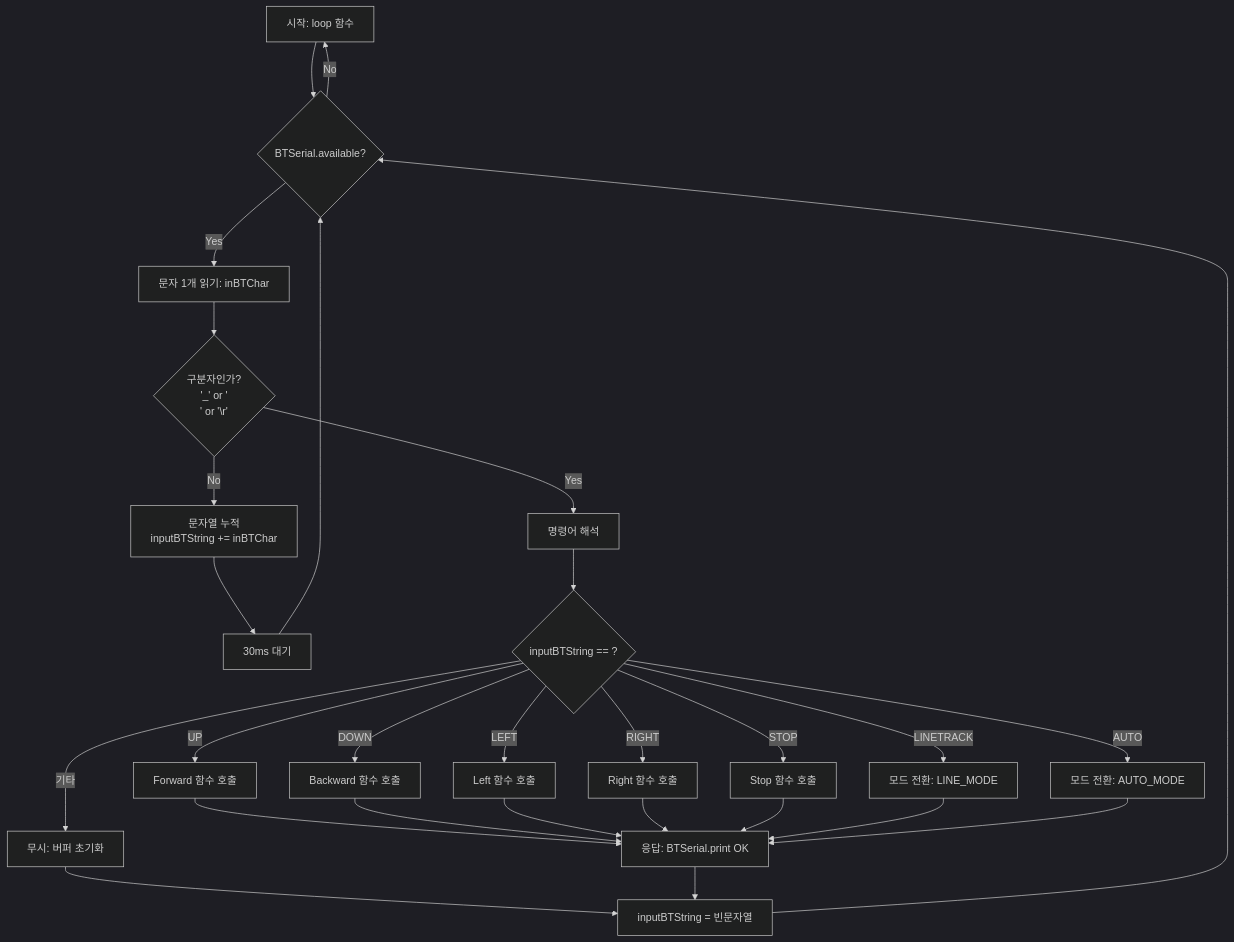
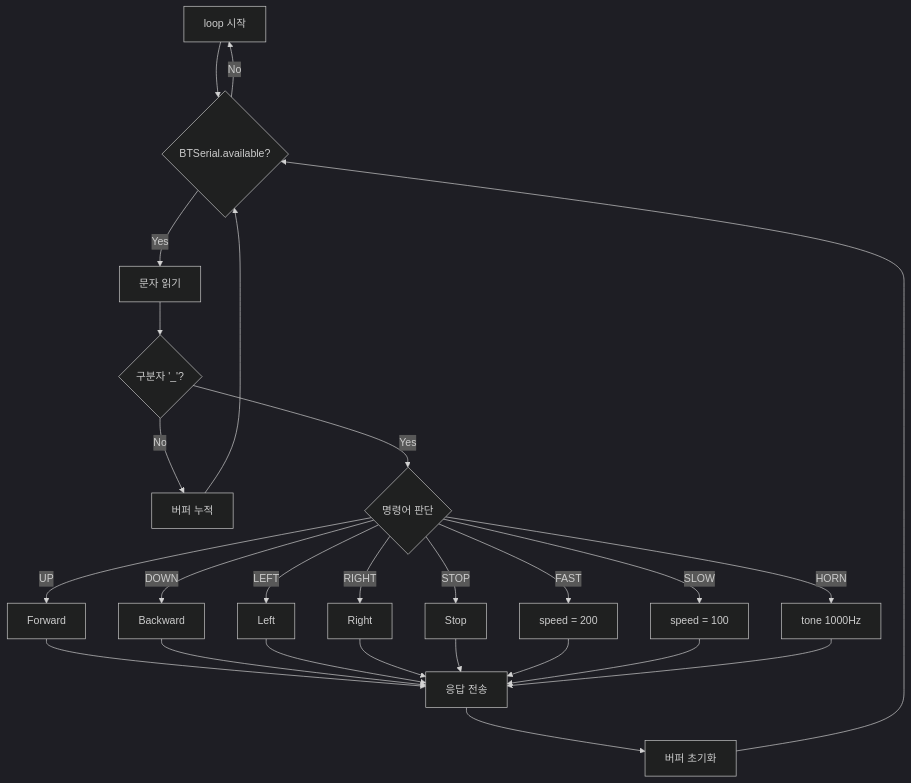
The fourth of 20 diagrams in document/algorithms_flowchart.md (Collegenie-X/Arduino_AutoPlot), drawn with Mermaid (dark theme) before and after one commit. The commit also changed other lines of this file and 3 other files, not shown here.

````diff
--- a/document/algorithms_flowchart.md
+++ b/document/algorithms_flowchart.md
@@ -52,34 +85,31 @@
 ```mermaid
 flowchart TD
-    A[시작: loop 함수] --> B{BTSerial.available?}
+    A[loop 시작] --> B{BTSerial.available?}
     B -->|No| A
-    B -->|Yes| C[문자 1개 읽기: inBTChar]
-    C --> D{구분자인가?<br>'_' or '\n' or '\r'}
+    B -->|Yes| C[문자 읽기]
+    C --> D{구분자 '_'?}
     
-    D -->|No| E[문자열 누적<br>inputBTString += inBTChar]
-    E --> F[30ms 대기]
-    F --> B
+    D -->|No| E[버퍼 누적]
+    E --> B
     
-    D -->|Yes| G[명령어 해석]
-    G --> H{inputBTString == ?}
+    D -->|Yes| F{명령어 판단}
+    F -->|UP| G[Forward]
+    F -->|DOWN| H[Backward]
+    F -->|LEFT| I[Left]
+    F -->|RIGHT| J[Right]
+    F -->|STOP| K[Stop]
+    F -->|FAST| L[speed = 200]
+    F -->|SLOW| M[speed = 100]
+    F -->|HORN| N[tone 1000Hz]
     
-    H -->|"UP"| I[Forward 함수 호출]
-    H -->|"DOWN"| J[Backward 함수 호출]
-    H -->|"LEFT"| K[Left 함수 호출]
-    H -->|"RIGHT"| L[Right 함수 호출]
-    H -->|"STOP"| M[Stop 함수 호출]
-    H -->|"LINETRACK"| N[모드 전환: LINE_MODE]
-    H -->|"AUTO"| O[모드 전환: AUTO_MODE]
-    H -->|기타| P[무시: 버퍼 초기화]
-    
-    I --> Q[응답: BTSerial.print OK]
-    J --> Q
-    K --> Q
-    L --> Q
-    M --> Q
-    N --> Q
-    O --> Q
-    P --> R[inputBTString = 빈문자열]
-    Q --> R
-    R --> B
+    G --> O[응답 전송]
+    H --> O
+    I --> O
+    J --> O
+    K --> O
+    L --> O
+    M --> O
+    N --> O
+    O --> P[버퍼 초기화]
+    P --> B
 ```
````
